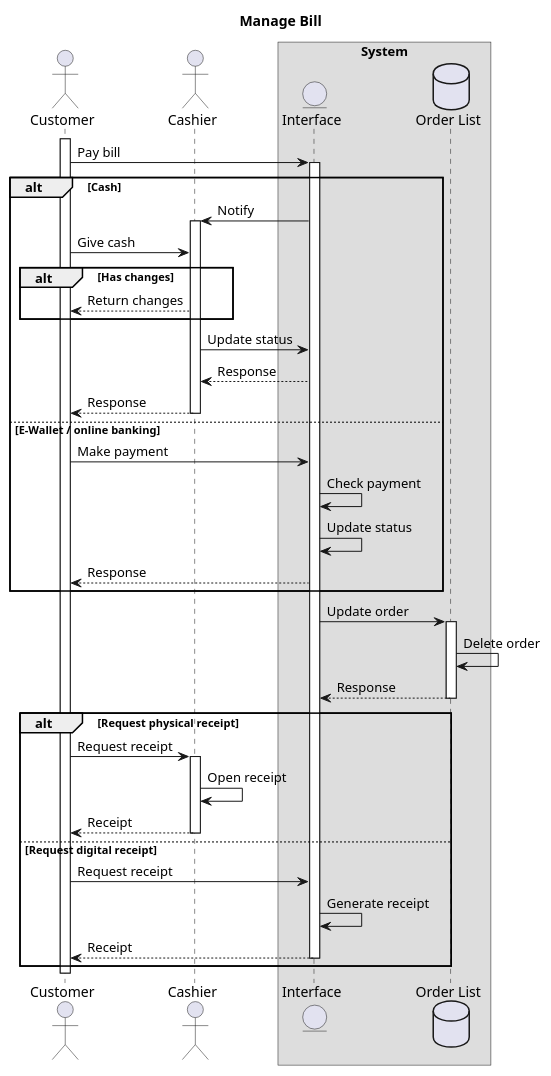
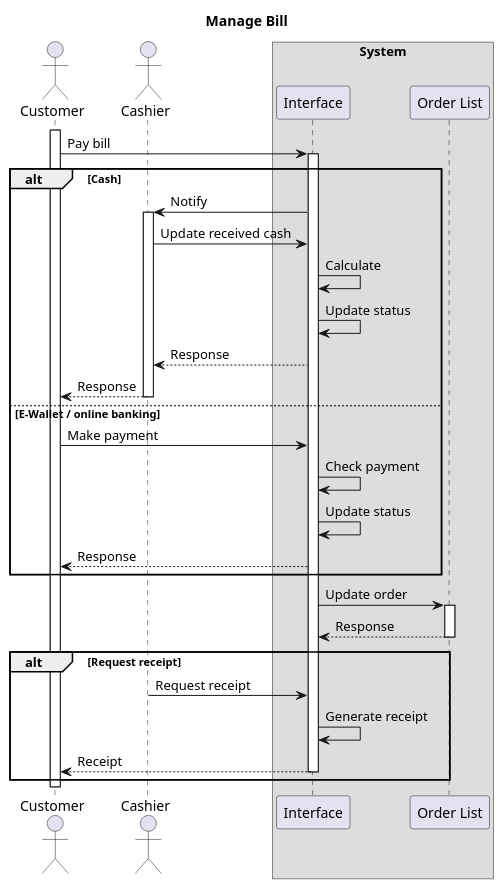
One commit to Alomory/educational changed the diagram in c3113/project/manage_bill.pu. Above: the diagram before and after it, drawn with PlantUML. The commit also changed 1 other file, not shown here.

```diff
--- a/c3113/project/manage_bill.pu
+++ b/c3113/project/manage_bill.pu
@@ -1,47 +1,40 @@
 @startuml Manage Bill
 
 title Manage Bill 
 
 actor Customer
 actor Cashier
 box System
-    entity Interface
-    database "Order List" as Orders
+    participant Interface
+    participant "Order List" as Orders
 end box
 
 activate Customer
 
 Customer -> Interface ++ : Pay bill
 alt Cash
     Interface -> Cashier ++ : Notify
-    Customer -> Cashier: Give cash
-    alt Has changes
-        Cashier --> Customer: Return changes
-    end
-    Cashier -> Interface: Update status
+    Cashier -> Interface: Update received cash
+    Interface -> Interface: Calculate 
+    Interface -> Interface: Update status
     Interface --> Cashier : Response
     Cashier --> Customer -- : Response
 else E-Wallet / online banking
     Customer -> Interface: Make payment
     Interface -> Interface: Check payment
     Interface -> Interface: Update status
     Interface --> Customer: Response
 end
 
 Interface -> Orders ++ : Update order
-Orders -> Orders: Delete order
 return Response
 
-alt Request physical receipt
-    Customer -> Cashier ++ : Request receipt
-    Cashier -> Cashier: Open receipt
-    return Receipt
-else Request digital receipt
-    Customer -> Interface: Request receipt
+alt Request receipt
+    Cashier -> Interface: Request receipt
     Interface -> Interface: Generate receipt
     return Receipt
 end
 
 deactivate Customer
 
 @enduml
```
